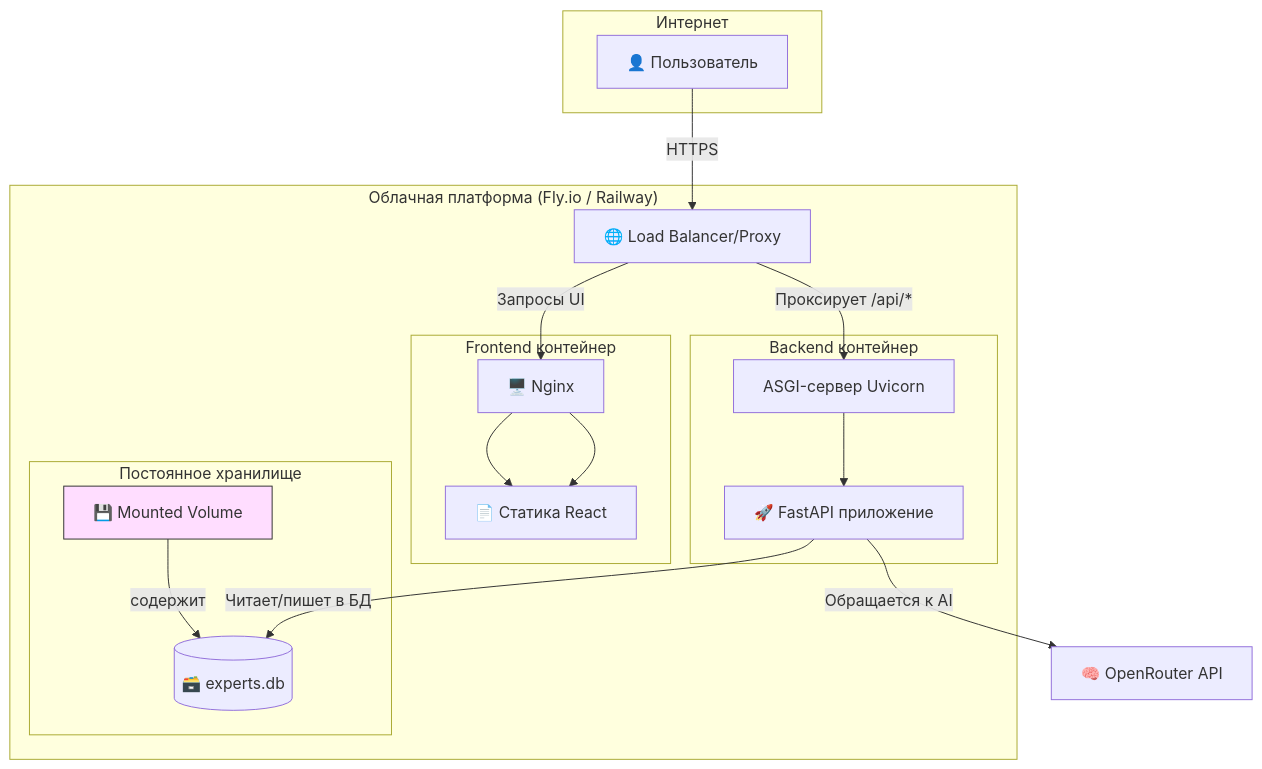
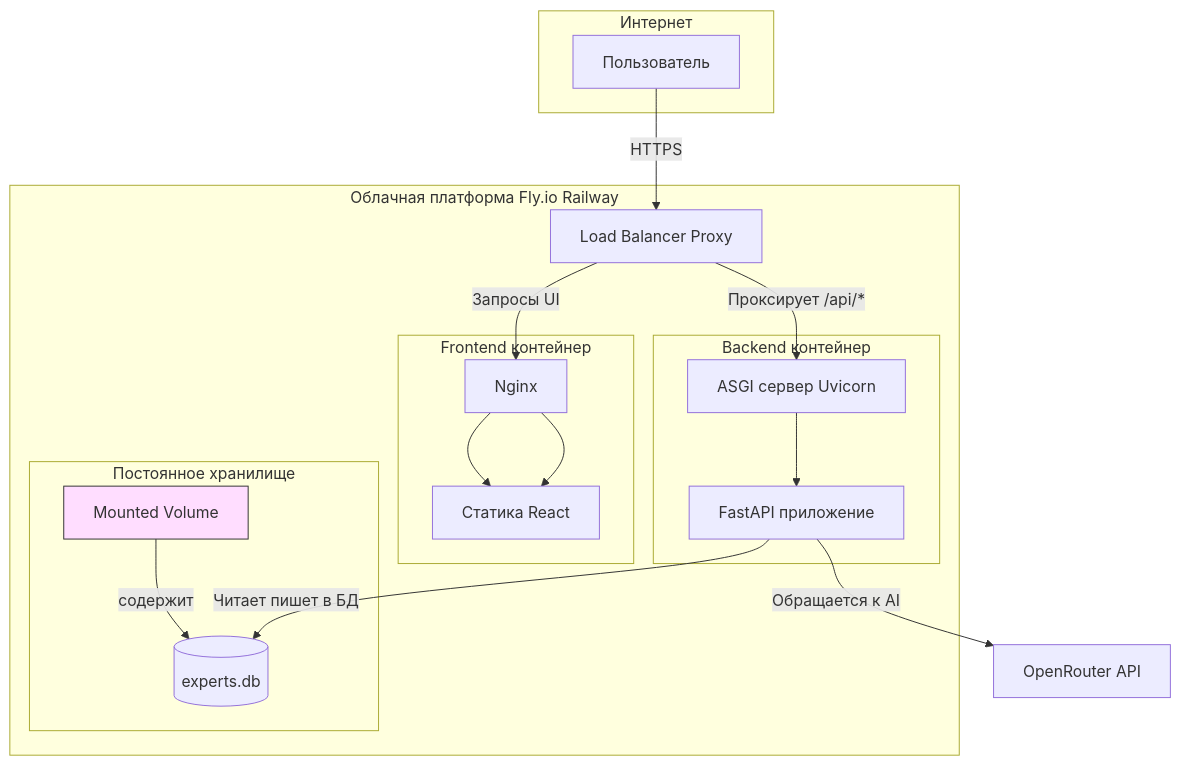
One commit to shao3d/Experts_panel changed the fifth of 5 diagrams in README.md. Above: the diagram before and after it, drawn with Mermaid. The commit also changed other lines of this file, not shown here.

First line of the commit message:
fix: исправлены Mermaid диаграммы для GitHub

````diff
--- a/README.md
+++ b/README.md
@@ -116,33 +116,33 @@
 ```mermaid
 graph TD
     subgraph "Интернет"
-        User[👤 Пользователь]
+        User[Пользователь]
     end
 
-    subgraph "Облачная платформа (Fly.io / Railway)"
-        LB[🌐 Load Balancer/Proxy]
+    subgraph "Облачная платформа Fly.io Railway"
+        LB[Load Balancer Proxy]
 
         subgraph "Frontend контейнер"
-            Nginx[🖥️ Nginx] --> Static[📄 Статика React]
+            Nginx[Nginx] --> Static[Статика React]
         end
 
         subgraph "Backend контейнер"
-            Uvicorn[ASGI-сервер Uvicorn] --> App[🚀 FastAPI приложение]
+            Uvicorn[ASGI сервер Uvicorn] --> App[FastAPI приложение]
         end
 
         subgraph "Постоянное хранилище"
-            Volume[💾 Mounted Volume]
-            DB[(🗃️ experts.db)]
+            Volume[Mounted Volume]
+            DB[(experts.db)]
             Volume -- содержит --> DB
         end
     end
 
     User -- HTTPS --> LB
     LB -- "Запросы UI" --> Nginx
     Nginx --> Static
     LB -- "Проксирует /api/*" --> Uvicorn
-    App -- "Читает/пишет в БД" --> DB
-    App -- "Обращается к AI" --> LLM_API[🧠 OpenRouter API]
+    App -- "Читает пишет в БД" --> DB
+    App -- "Обращается к AI" --> LLM_API[OpenRouter API]
 
     style Volume fill:#fdf,stroke:#333
 ```
````
